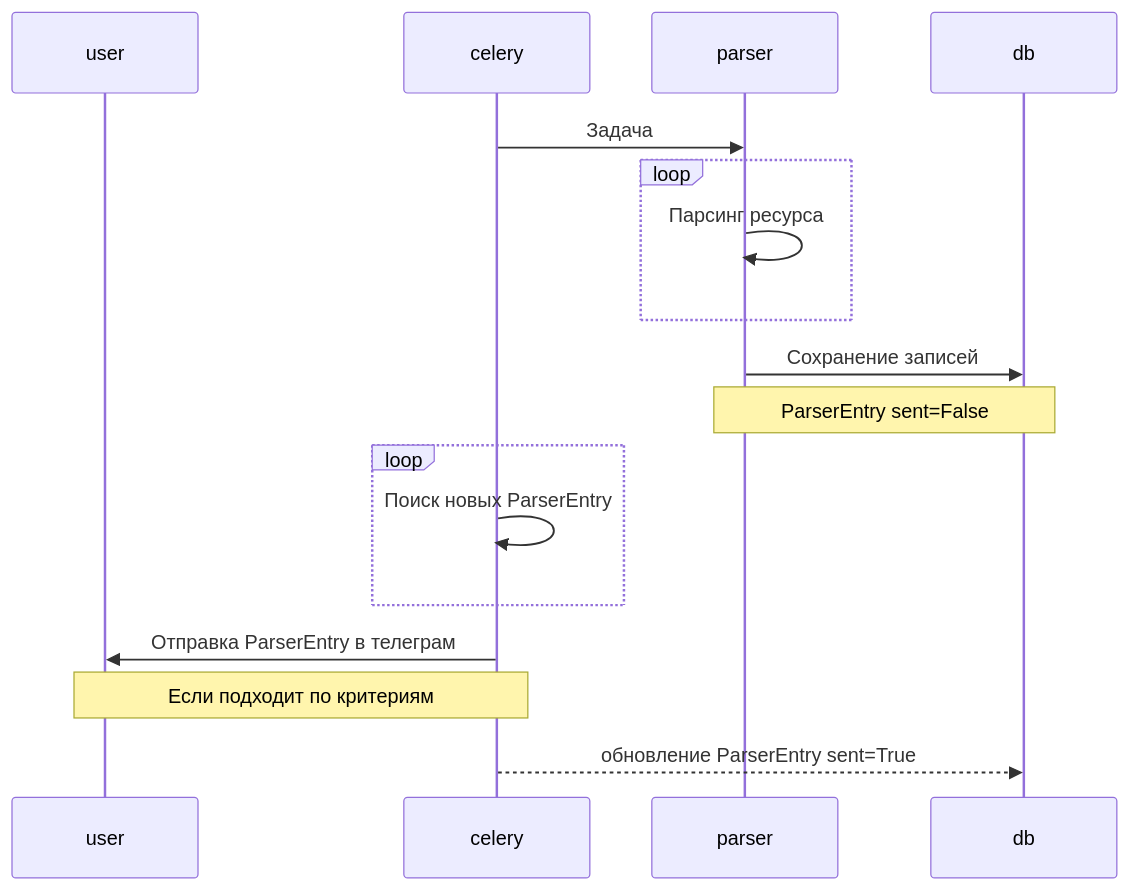
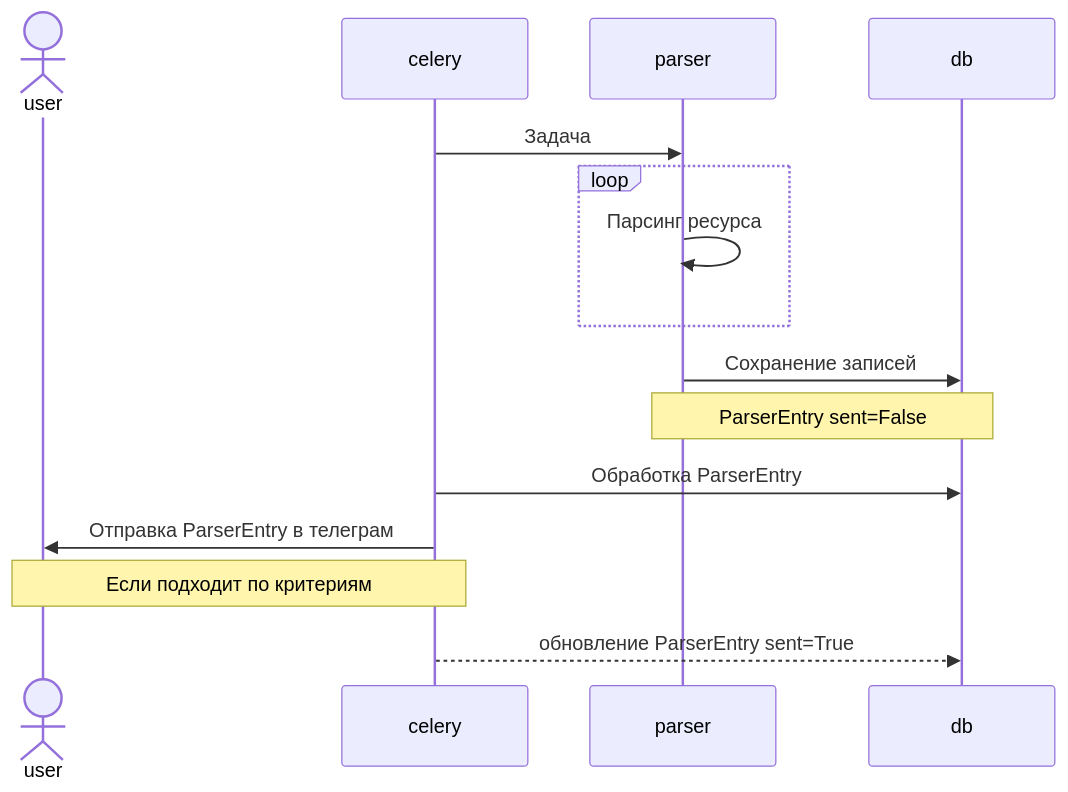
One commit to DmitryPi/telegramnotify changed the second of 3 diagrams in README.md. Above: the diagram before and after it, drawn with Mermaid. The commit also changed other lines of this file, not shown here.

````diff
--- a/README.md
+++ b/README.md
@@ -44,20 +62,18 @@
 ```mermaid
 sequenceDiagram
-   participant user
+   actor user
    participant celery
    participant parser
    participant db
 
    celery->>parser: Задача
    loop
       parser->>parser: Парсинг ресурса
    end
    parser->>db: Сохранение записей
    Note over parser,db: ParserEntry sent=False
-   loop
-      celery->>celery: Поиск новых ParserEntry
-   end
+   celery->>db: Обработка ParserEntry
    celery->>user: Отправка ParserEntry в телеграм
    Note over celery,user: Если подходит по критериям
    celery-->>db: обновление ParserEntry sent=True
 ```
````
